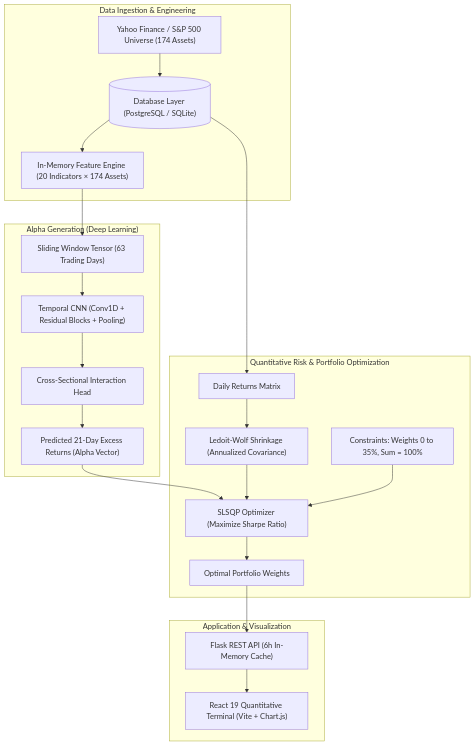
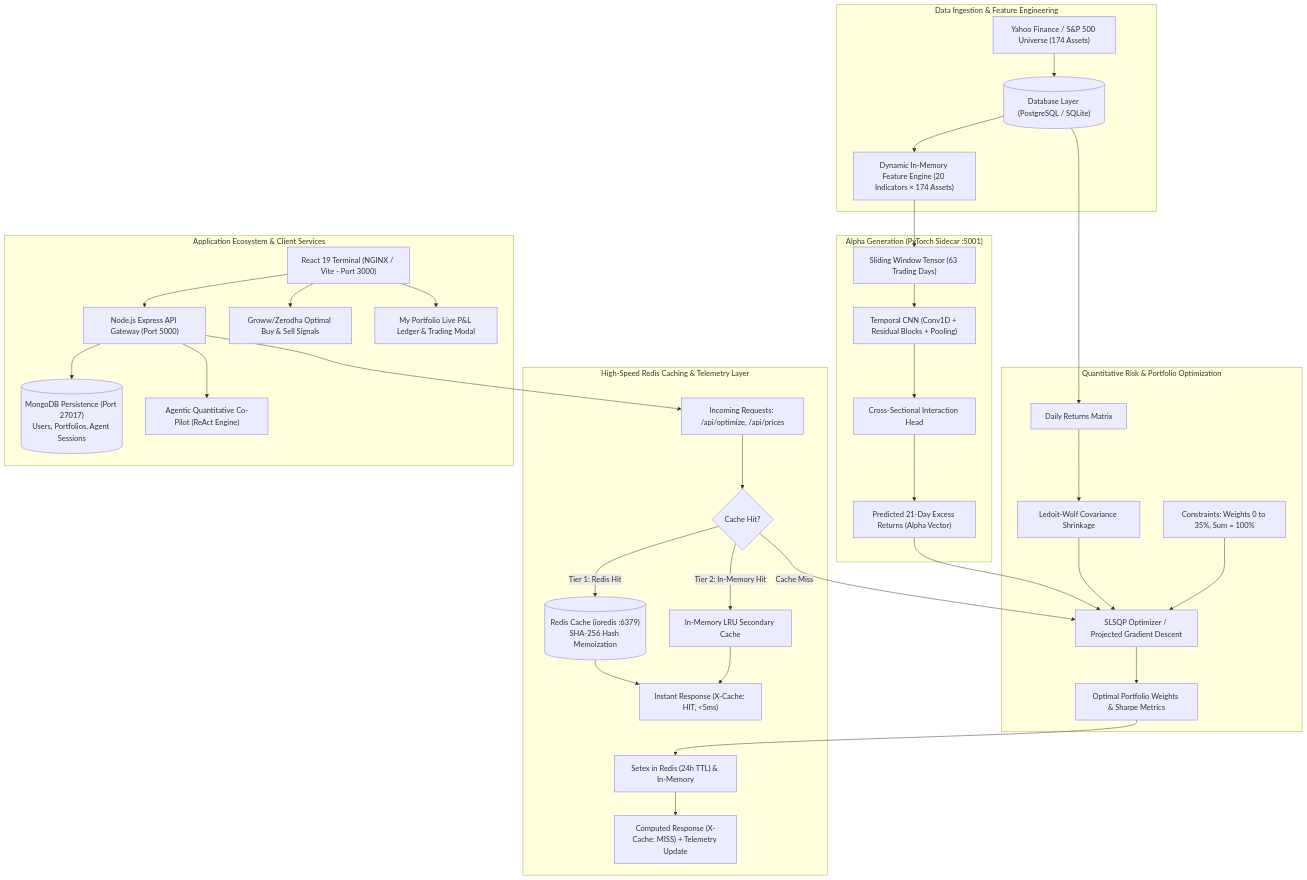
The diagram in README.md (77RedX/RiskFrame), drawn with Mermaid before and after one commit. The commit also changed other lines of this file, not shown here.

````diff
--- a/README.md
+++ b/README.md
@@ -30,27 +36,41 @@
 ```mermaid
 flowchart TD
-    subgraph DataPipeline ["Data Ingestion & Engineering"]
+    subgraph DataPipeline ["Data Ingestion & Feature Engineering"]
         A["Yahoo Finance / S&P 500 Universe (174 Assets)"] --> B[("Database Layer (PostgreSQL / SQLite)")]
-        B --> C["In-Memory Feature Engine (20 Indicators × 174 Assets)"]
+        B --> C["Dynamic In-Memory Feature Engine (20 Indicators × 174 Assets)"]
     end
 
-    subgraph DeepLearning ["Alpha Generation (Deep Learning)"]
+    subgraph DeepLearning ["Alpha Generation (PyTorch Sidecar :5001)"]
         C --> D["Sliding Window Tensor (63 Trading Days)"]
         D --> E["Temporal CNN (Conv1D + Residual Blocks + Pooling)"]
         E --> F["Cross-Sectional Interaction Head"]
         F --> G["Predicted 21-Day Excess Returns (Alpha Vector)"]
     end
 
     subgraph RiskOptimization ["Quantitative Risk & Portfolio Optimization"]
         B --> H["Daily Returns Matrix"]
-        H --> I["Ledoit-Wolf Shrinkage (Annualized Covariance)"]
-        G & I --> J["SLSQP Optimizer (Maximize Sharpe Ratio)"]
+        H --> I["Ledoit-Wolf Covariance Shrinkage"]
+        G & I --> J["SLSQP Optimizer / Projected Gradient Descent"]
         K["Constraints: Weights 0 to 35%, Sum = 100%"] --> J
-        J --> L["Optimal Portfolio Weights"]
+        J --> L["Optimal Portfolio Weights & Sharpe Metrics"]
     end
 
-    subgraph Presentation ["Application & Visualization"]
-        L --> M["Flask REST API (6h In-Memory Cache)"]
-        M --> N["React 19 Quantitative Terminal (Vite + Chart.js)"]
+    subgraph CachingLayer ["High-Speed Redis Caching & Telemetry Layer"]
+        M["Incoming Requests: /api/optimize, /api/prices"] --> N{"Cache Hit?"}
+        N -- "Tier 1: Redis Hit" --> O[("Redis Cache (ioredis :6379)\nSHA-256 Hash Memoization")]
+        N -- "Tier 2: In-Memory Hit" --> P["In-Memory LRU Secondary Cache"]
+        N -- "Cache Miss" --> J
+        L --> Q["Setex in Redis (24h TTL) & In-Memory"]
+        O & P --> R["Instant Response (X-Cache: HIT, <5ms)"]
+        Q --> S["Computed Response (X-Cache: MISS) + Telemetry Update"]
+    end
+
+    subgraph ApplicationStack ["Application Ecosystem & Client Services"]
+        T["Node.js Express API Gateway (Port 5000)"] --> M
+        T --> U[("MongoDB Persistence (Port 27017)\nUsers, Portfolios, Agent Sessions")]
+        T --> V["Agentic Quantitative Co-Pilot (ReAct Engine)"]
+        W["React 19 Terminal (NGINX / Vite - Port 3000)"] --> T
+        W --> X["Groww/Zerodha Optimal Buy & Sell Signals"]
+        W --> Y["My Portfolio Live P&L Ledger & Trading Modal"]
     end
 ```
````
